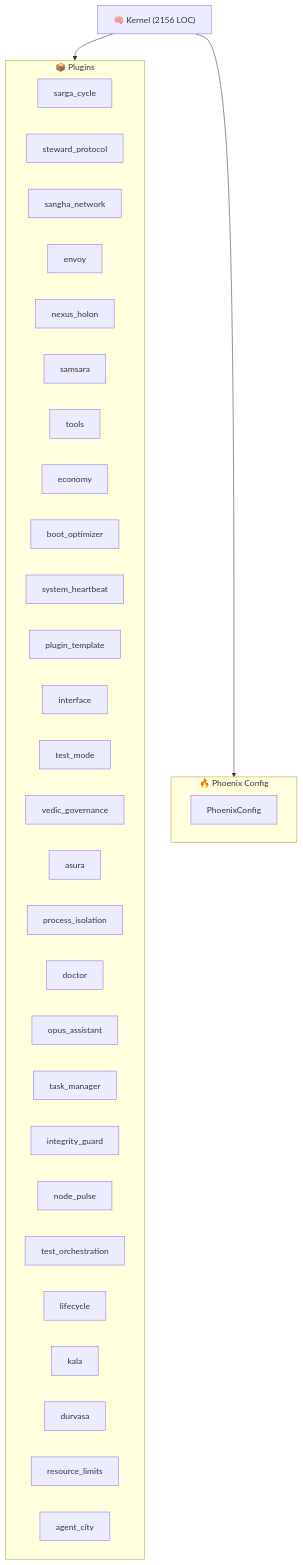
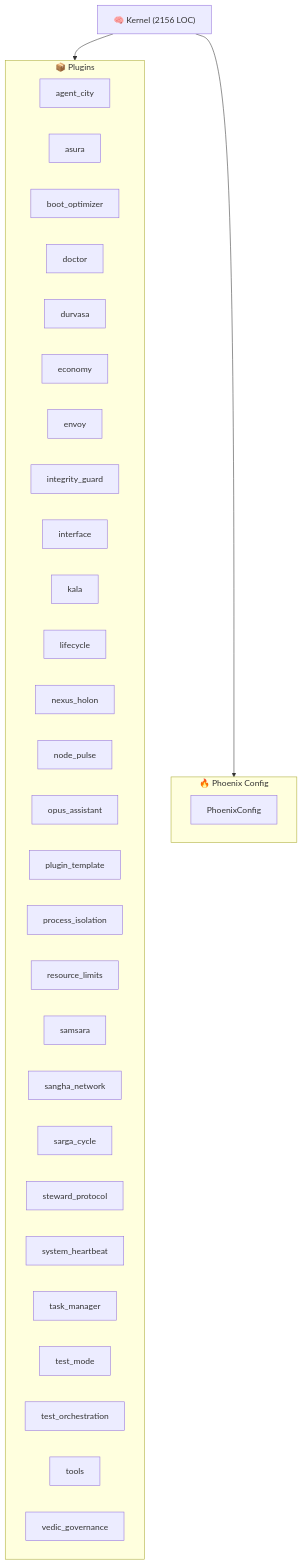
The diagram in ARCHITECTURE.md (kimeisele/steward-protocol), drawn with Mermaid before and after one commit. The commit also changed other lines of this file and 12 other files, not shown here.

````diff
--- a/ARCHITECTURE.md
+++ b/ARCHITECTURE.md
@@ -8,38 +8,38 @@
 ```mermaid
 graph TB
     K["🧠 Kernel (2156 LOC)"]
     subgraph Plugins["📦 Plugins"]
+        P_agent_city["agent_city"]
+        P_asura["asura"]
+        P_boot_optimizer["boot_optimizer"]
+        P_doctor["doctor"]
+        P_durvasa["durvasa"]
+        P_economy["economy"]
+        P_envoy["envoy"]
+        P_integrity_guard["integrity_guard"]
+        P_interface["interface"]
+        P_kala["kala"]
+        P_lifecycle["lifecycle"]
+        P_nexus_holon["nexus_holon"]
+        P_node_pulse["node_pulse"]
+        P_opus_assistant["opus_assistant"]
+        P_plugin_template["plugin_template"]
+        P_process_isolation["process_isolation"]
+        P_resource_limits["resource_limits"]
+        P_samsara["samsara"]
+        P_sangha_network["sangha_network"]
         P_sarga_cycle["sarga_cycle"]
         P_steward_protocol["steward_protocol"]
-        P_sangha_network["sangha_network"]
-        P_envoy["envoy"]
-        P_nexus_holon["nexus_holon"]
-        P_samsara["samsara"]
+        P_system_heartbeat["system_heartbeat"]
+        P_task_manager["task_manager"]
+        P_test_mode["test_mode"]
+        P_test_orchestration["test_orchestration"]
         P_tools["tools"]
-        P_economy["economy"]
-        P_boot_optimizer["boot_optimizer"]
-        P_system_heartbeat["system_heartbeat"]
-        P_plugin_template["plugin_template"]
-        P_interface["interface"]
-        P_test_mode["test_mode"]
         P_vedic_governance["vedic_governance"]
-        P_asura["asura"]
-        P_process_isolation["process_isolation"]
-        P_doctor["doctor"]
-        P_opus_assistant["opus_assistant"]
-        P_task_manager["task_manager"]
-        P_integrity_guard["integrity_guard"]
-        P_node_pulse["node_pulse"]
-        P_test_orchestration["test_orchestration"]
-        P_lifecycle["lifecycle"]
-        P_kala["kala"]
-        P_durvasa["durvasa"]
-        P_resource_limits["resource_limits"]
-        P_agent_city["agent_city"]
     end
     K --> Plugins
     subgraph Config["🔥 Phoenix Config"]
         PC[PhoenixConfig]
     end
     K --> Config
 ```
````
